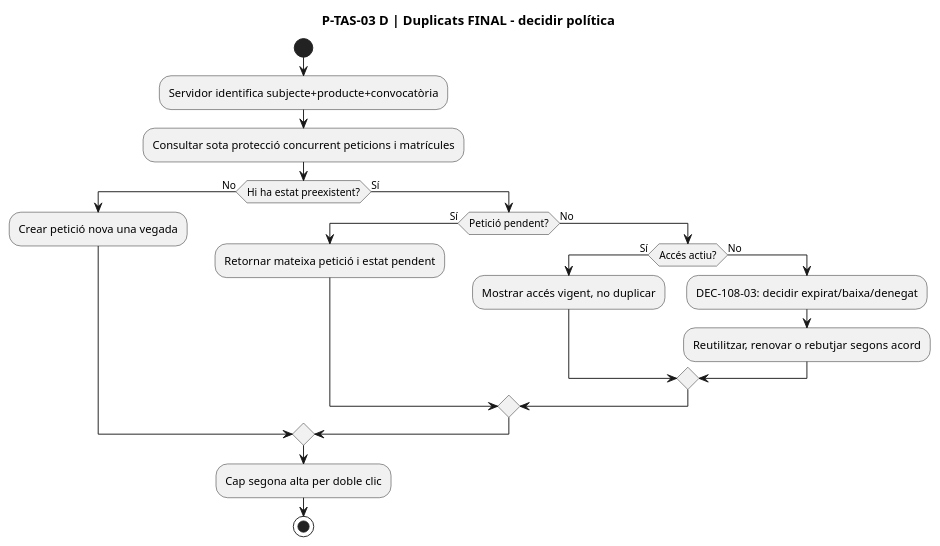
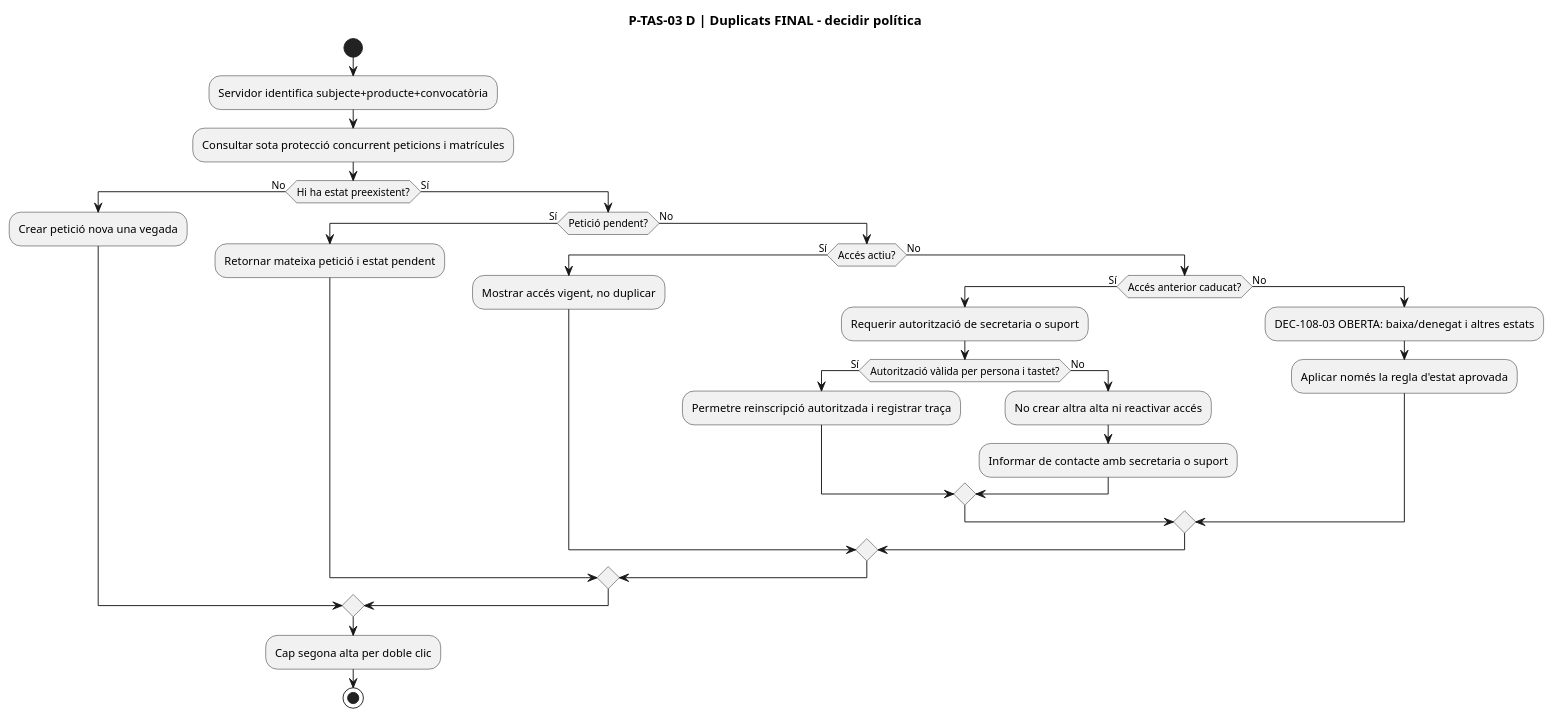
One commit to orgmeriemprismacat-del/verifactu changed diagram 24 of 32 in documentacio/07-uml-integrat/uc-108-activitats-pagines-tastets-actual-final.md. Above: the diagram before and after it, drawn with PlantUML. The commit also changed other lines of this file, not shown here.

Commit message:
docs: agree UC-108 expired-access re-enrollment requires secretaria or support authorization

````diff
--- a/documentacio/07-uml-integrat/uc-108-activitats-pagines-tastets-actual-final.md
+++ b/documentacio/07-uml-integrat/uc-108-activitats-pagines-tastets-actual-final.md
@@ -537,24 +546,34 @@
 ```plantuml
 @startuml
 title P-TAS-03 D | Duplicats FINAL - decidir política
 start
 :Servidor identifica subjecte+producte+convocatòria;
 :Consultar sota protecció concurrent peticions i matrícules;
 if (Hi ha estat preexistent?) then (No)
   :Crear petició nova una vegada;
 else (Sí)
   if (Petició pendent?) then (Sí)
     :Retornar mateixa petició i estat pendent;
   else (No)
     if (Accés actiu?) then (Sí)
       :Mostrar accés vigent, no duplicar;
     else (No)
-      :DEC-108-03: decidir expirat/baixa/denegat;
-      :Reutilitzar, renovar o rebutjar segons acord;
+      if (Accés anterior caducat?) then (Sí)
+        :Requerir autorització de secretaria o suport;
+        if (Autorització vàlida per persona i tastet?) then (Sí)
+          :Permetre reinscripció autoritzada i registrar traça;
+        else (No)
+          :No crear altra alta ni reactivar accés;
+          :Informar de contacte amb secretaria o suport;
+        endif
+      else (No)
+        :DEC-108-03 OBERTA: baixa/denegat i altres estats;
+        :Aplicar només la regla d'estat aprovada;
+      endif
     endif
   endif
 endif
 :Cap segona alta per doble clic;
 stop
 @enduml
 ```
````
